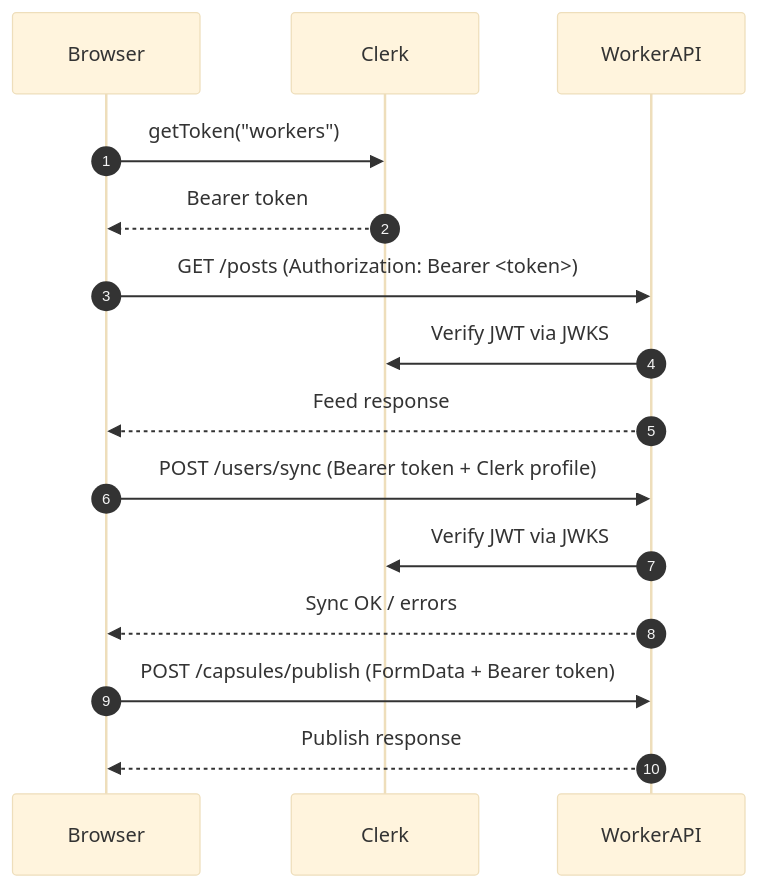
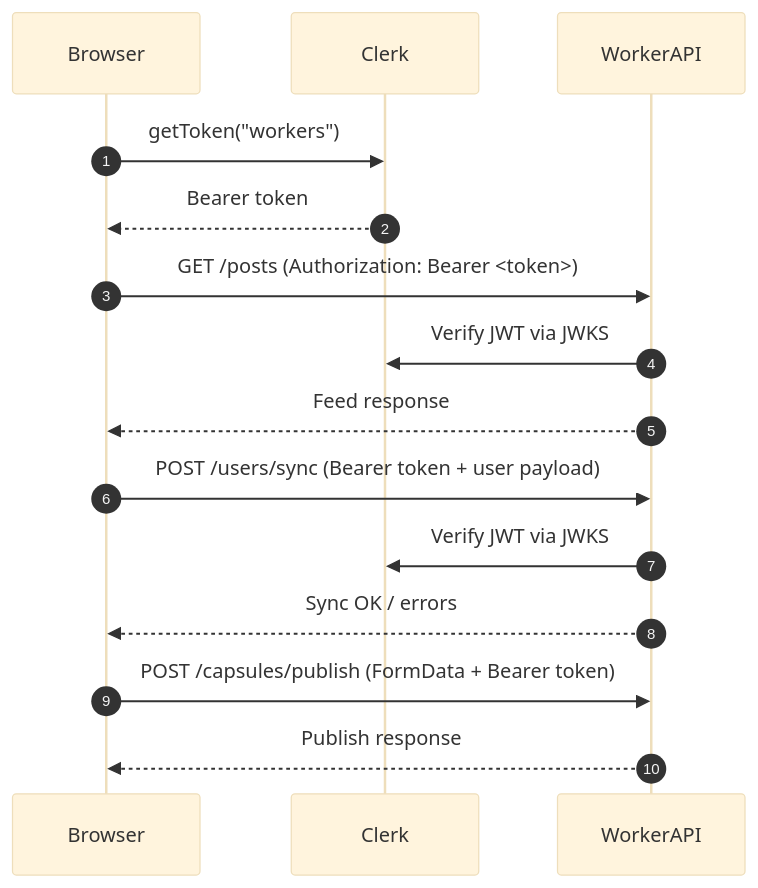
Before and after one commit to Braden-sui/Vibecodr: the diagram in docs/cross-surface-auth.mdx, drawn with Mermaid (base theme). The commit also changed other lines of this file and 62 other files, not shown here.

First line of the commit message:
docs: update README and SITEMAP to reflect React Router SPA architecture and profile schema changes

````diff
--- a/docs/cross-surface-auth.mdx
+++ b/docs/cross-surface-auth.mdx
@@ -19,17 +19,17 @@
 ```mermaid
 sequenceDiagram
   autonumber
   participant Browser
   participant Clerk
   participant WorkerAPI
   Browser->>Clerk: getToken("workers")
   Clerk-->>Browser: Bearer token
   Browser->>WorkerAPI: GET /posts (Authorization: Bearer <token>)
   WorkerAPI->>Clerk: Verify JWT via JWKS
   WorkerAPI-->>Browser: Feed response
-  Browser->>WorkerAPI: POST /users/sync (Bearer token + Clerk profile)
+  Browser->>WorkerAPI: POST /users/sync (Bearer token + user payload)
   WorkerAPI->>Clerk: Verify JWT via JWKS
   WorkerAPI-->>Browser: Sync OK / errors
   Browser->>WorkerAPI: POST /capsules/publish (FormData + Bearer token)
   WorkerAPI-->>Browser: Publish response
 ```
````
